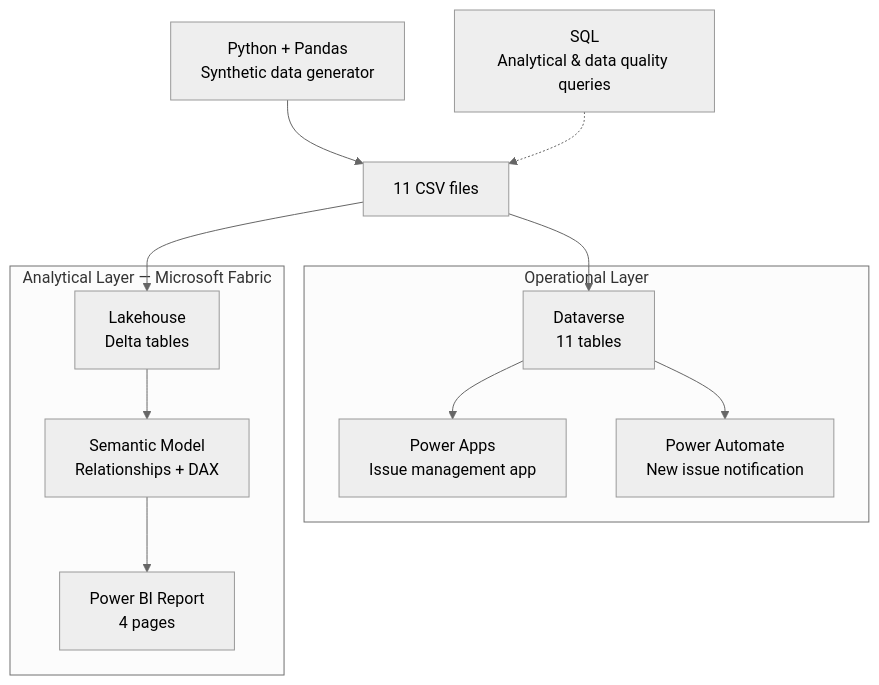
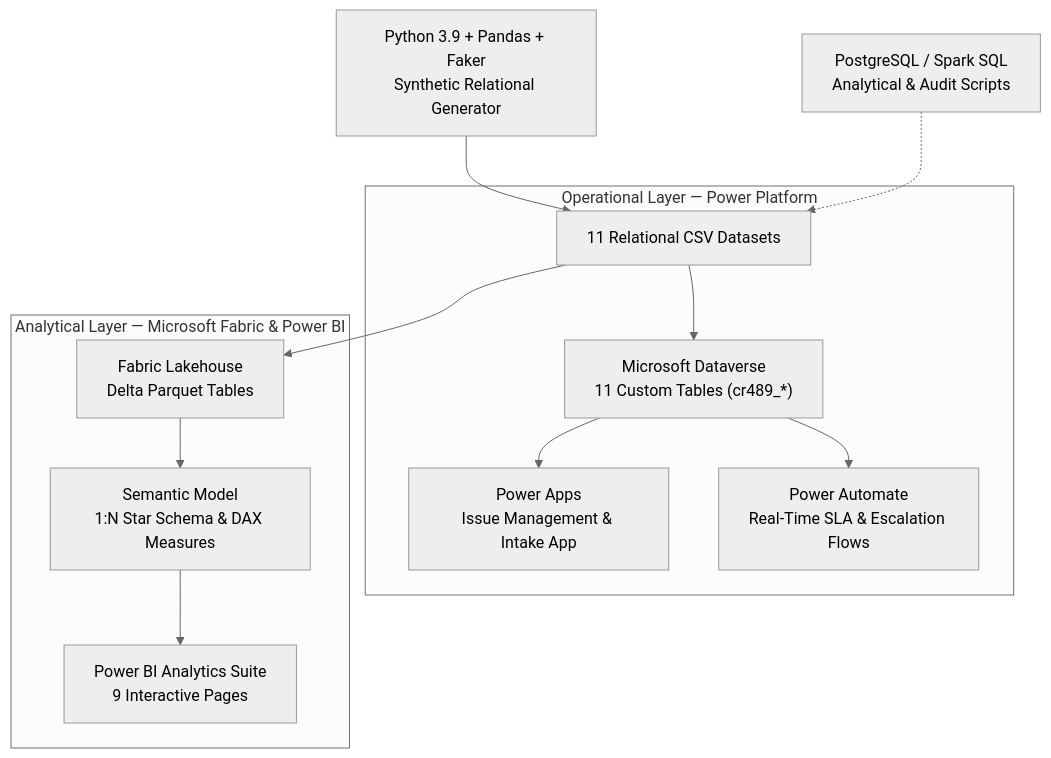
The first of 2 diagrams in README.md (efehakanyildiz/opsinsight-power-platform), drawn with Mermaid (neutral theme) before and after one commit. The commit also changed other lines of this file and 15 other files, not shown here.

Commit message:
feat(portfolio): complete enterprise showcase with 14 screenshots, 9 Power BI dashboards, and end-to-end Power Platform documentation

````diff
--- a/README.md
+++ b/README.md
@@ -49,19 +52,18 @@
 ```mermaid
 flowchart TD
-    PY["Python + Pandas<br/>Synthetic data generator"] --> CSV["11 CSV files"]
+    PY["Python 3.9 + Pandas + Faker<br/>Synthetic Relational Generator"] --> CSV["11 Relational CSV Datasets"]
 
-    CSV --> DV
-    CSV --> LH
-
-    subgraph OP["Operational Layer"]
-        DV["Dataverse<br/>11 tables"] --> PA["Power Apps<br/>Issue management app"]
-        DV --> PF["Power Automate<br/>New issue notification"]
+    subgraph OP["Operational Layer — Power Platform"]
+        CSV --> DV["Microsoft Dataverse<br/>11 Custom Tables (cr489_*)"]
+        DV --> PA["Power Apps<br/>Issue Management & Intake App"]
+        DV --> PF["Power Automate<br/>Real-Time SLA & Escalation Flows"]
     end
 
-    subgraph AN["Analytical Layer — Microsoft Fabric"]
-        LH["Lakehouse<br/>Delta tables"] --> SM["Semantic Model<br/>Relationships + DAX"]
-        SM --> PBI["Power BI Report<br/>4 pages"]
+    subgraph AN["Analytical Layer — Microsoft Fabric & Power BI"]
+        CSV --> LH["Fabric Lakehouse<br/>Delta Parquet Tables"]
+        LH --> SM["Semantic Model<br/>1:N Star Schema & DAX Measures"]
+        SM --> PBI["Power BI Analytics Suite<br/>9 Interactive Pages"]
     end
 
-    SQL["SQL<br/>Analytical & data quality queries"] -.-> CSV
+    SQL["PostgreSQL / Spark SQL<br/>Analytical & Audit Scripts"] -.-> CSV
 ```
````
